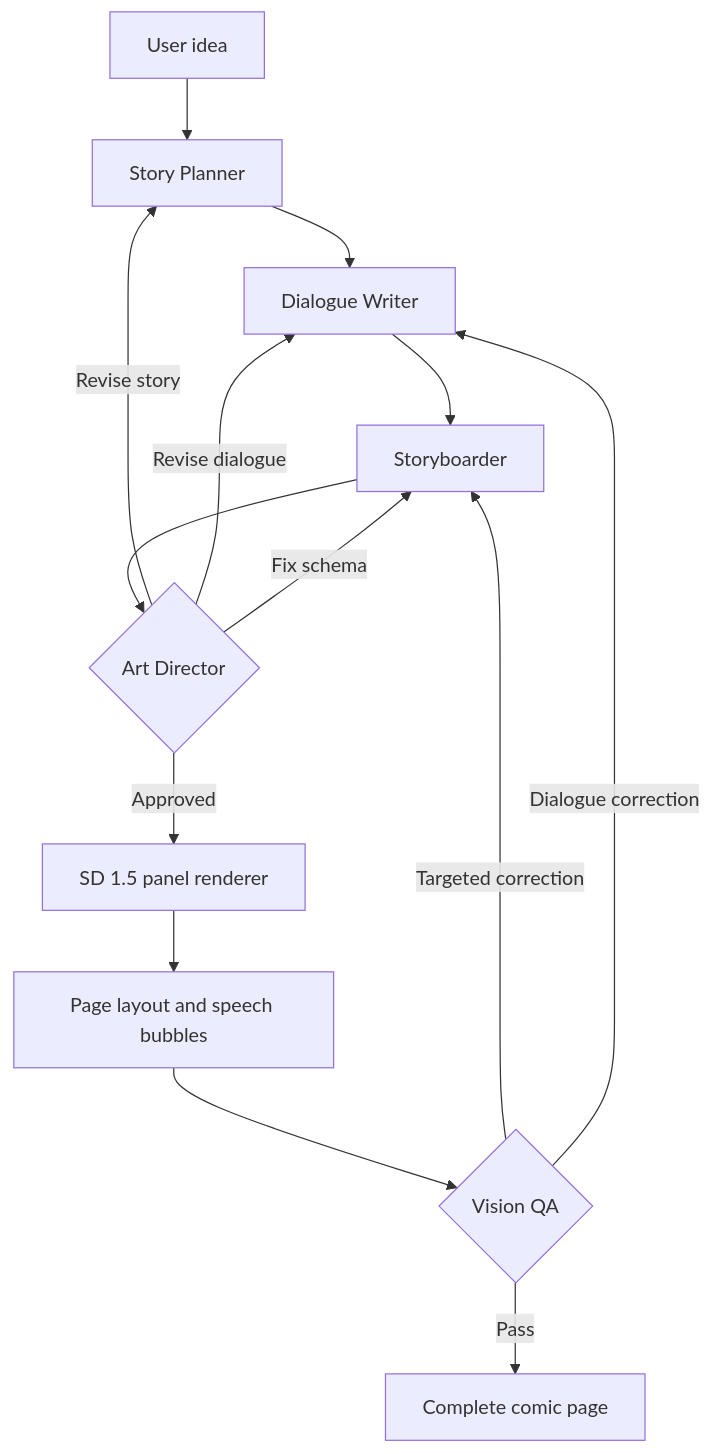
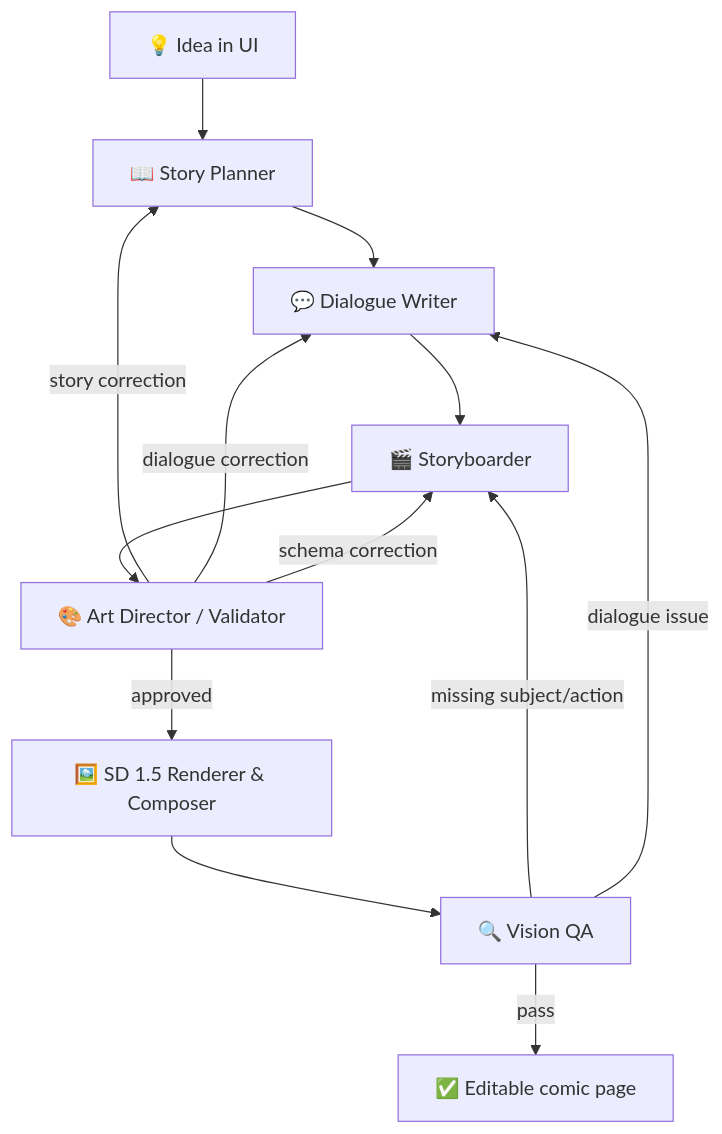
One commit to CallmeTruong/Comic_Studio changed the diagram in README.md. Above: the diagram before and after it, drawn with Mermaid. The commit also changed other lines of this file and 31 other files, not shown here.

First line of the commit message:
chore: remove test files, update documentation and fix architecture graph

````diff
--- a/README.md
+++ b/README.md
@@ -35,16 +32,15 @@
 ```mermaid
 graph TD
-    A[User idea] --> B[Story Planner]
-    B --> C[Dialogue Writer]
-    C --> D[Storyboarder]
-    D --> E{Art Director}
-    E -->|Revise story| B
-    E -->|Revise dialogue| C
-    E -->|Fix schema| D
-    E -->|Approved| F[SD 1.5 panel renderer]
-    F --> G[Page layout and speech bubbles]
-    G --> H{Vision QA}
-    H -->|Targeted correction| D
-    H -->|Dialogue correction| C
-    H -->|Pass| I[Complete comic page]
+    U["💡 Idea in UI"] --> P["📖 Story Planner"]
+    P --> D["💬 Dialogue Writer"]
+    D --> S["🎬 Storyboarder"]
+    S --> V["🎨 Art Director / Validator"]
+    V -->|story correction| P
+    V -->|dialogue correction| D
+    V -->|schema correction| S
+    V -->|approved| R["🖼️ SD 1.5 Renderer & Composer"]
+    R --> Q["🔍 Vision QA"]
+    Q -->|missing subject/action| S
+    Q -->|dialogue issue| D
+    Q -->|pass| O["✅ Editable comic page"]
 ```
````
